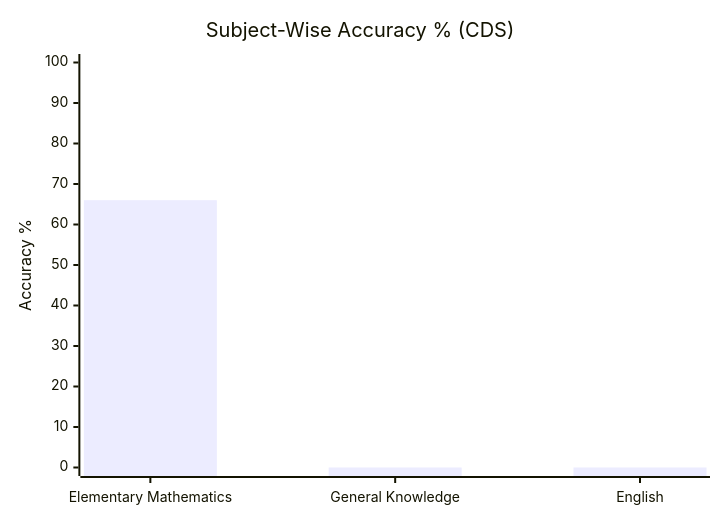
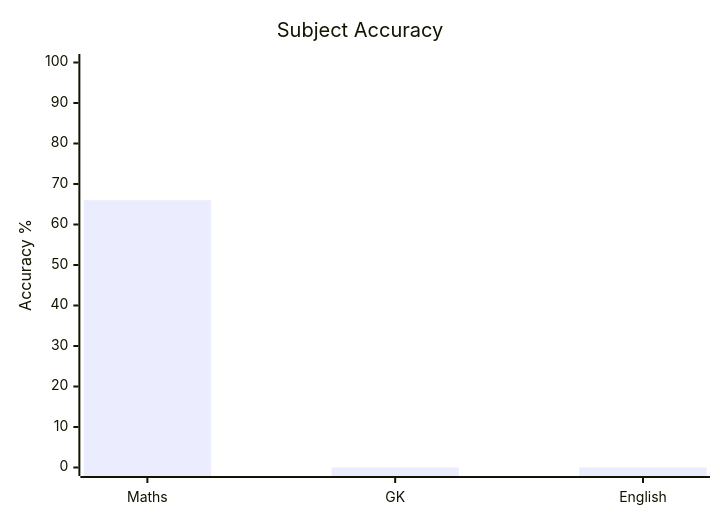
Before and after one commit to skc-coder/SAGE: the first of 4 diagrams in content/cds/cds_overview.md, drawn with Mermaid. The commit also changed other lines of this file and 3 other files, not shown here.

First line of the commit message:
fix(skill): relocate Chapter/Topic accuracy charts to Overview pages and enforce concise Mermaid graph titles

````diff
--- a/content/cds/cds_overview.md
+++ b/content/cds/cds_overview.md
@@ -8,7 +9,7 @@
 ```mermaid
 xychart-beta
-    title "Subject-Wise Accuracy % (CDS)"
-    x-axis ["Elementary Mathematics", "General Knowledge", "English"]
+    title "Subject Accuracy"
+    x-axis ["Maths", "GK", "English"]
     y-axis "Accuracy %" 0 --> 100
     bar [66, 0, 0]
 ```
````
